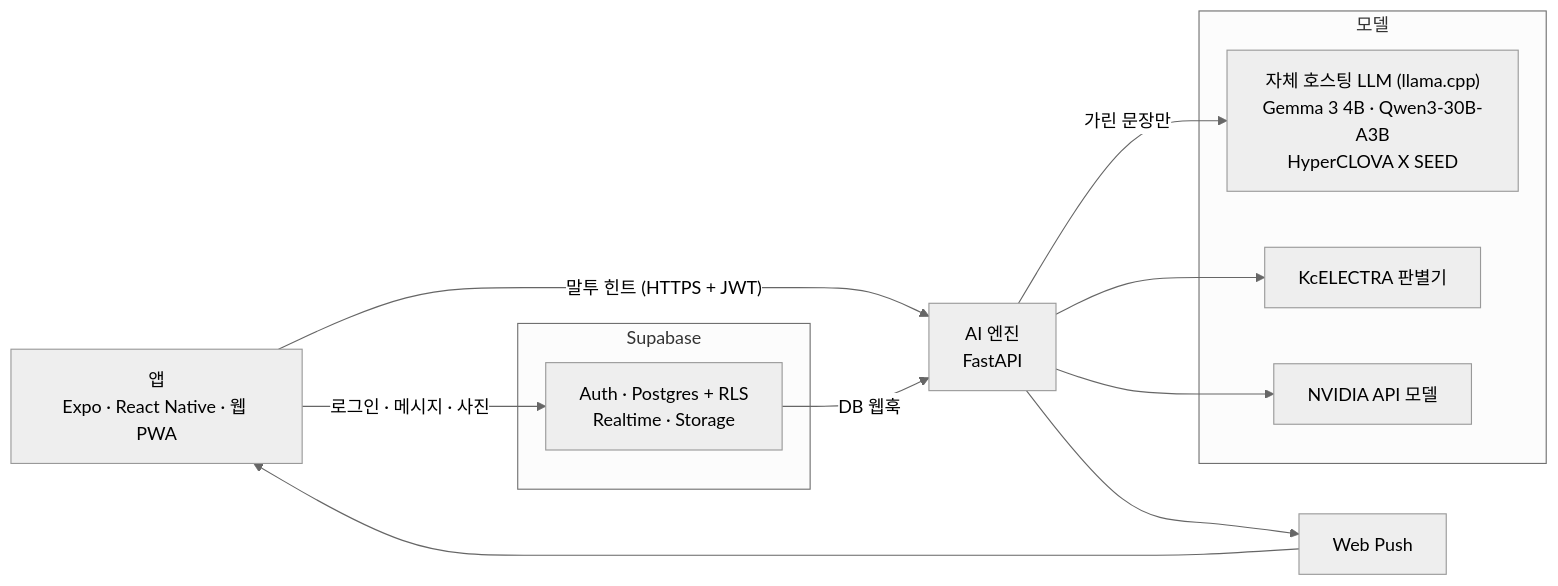
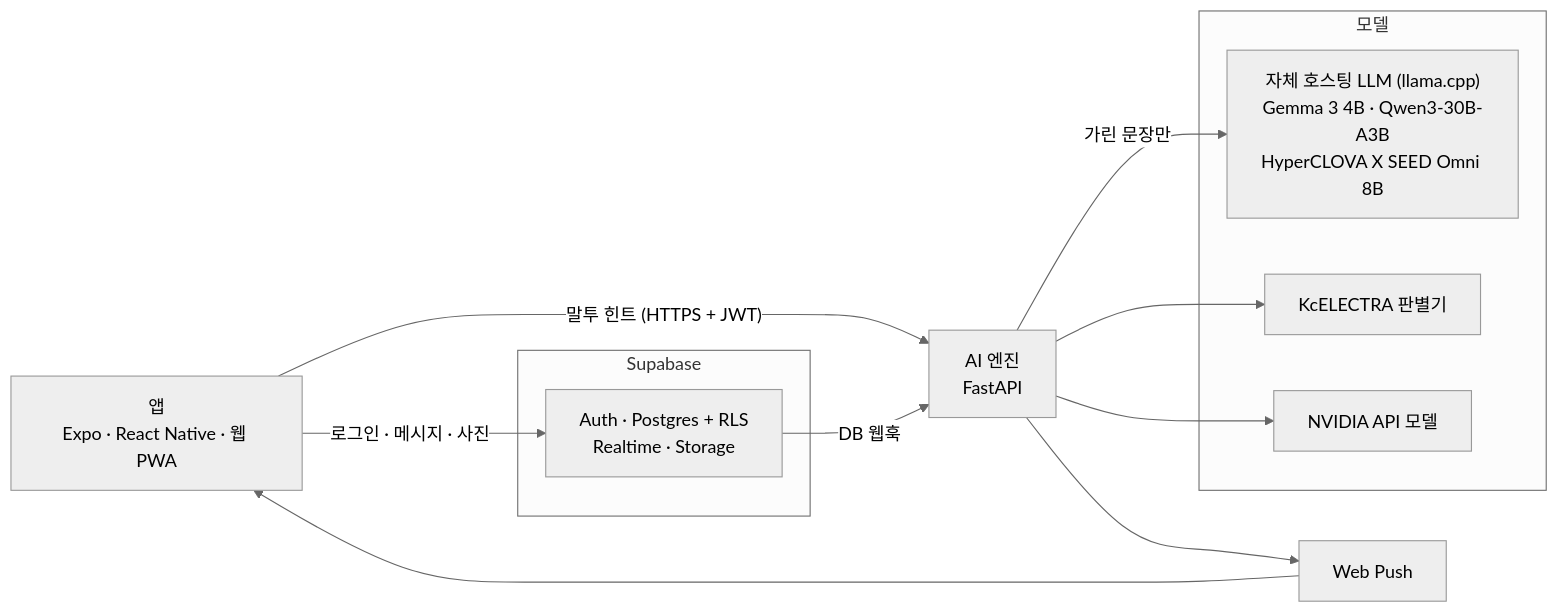
One commit to Daegyu519/Adventure_Design changed the diagram in README.md. Above: the diagram before and after it, drawn with Mermaid (neutral theme). The commit also changed other lines of this file and 2 other files, not shown here.

Commit message:
문서: HyperCLOVA X SEED Omni 8B(상세 보기 앙상블) 반영 — README 모델 줄·그림, 운영 문서 서버 목록

````diff
--- a/README.md
+++ b/README.md
@@ -43,23 +43,23 @@
 ```mermaid
 flowchart LR
   APP["앱<br/>Expo · React Native · 웹 PWA"]
   subgraph SB["Supabase"]
     DB["Auth · Postgres + RLS<br/>Realtime · Storage"]
   end
   ENG["AI 엔진<br/>FastAPI"]
   subgraph M["모델"]
-    LLM["자체 호스팅 LLM (llama.cpp)<br/>Gemma 3 4B · Qwen3-30B-A3B<br/>HyperCLOVA X SEED"]
+    LLM["자체 호스팅 LLM (llama.cpp)<br/>Gemma 3 4B · Qwen3-30B-A3B<br/>HyperCLOVA X SEED Omni 8B"]
     CLF["KcELECTRA 판별기"]
     NV["NVIDIA API 모델"]
   end
   PUSH["Web Push"]
 
   APP -->|"로그인 · 메시지 · 사진"| DB
   APP -->|"말투 힌트 (HTTPS + JWT)"| ENG
   DB -->|"DB 웹훅"| ENG
   ENG -->|"가린 문장만"| LLM
   ENG --> CLF
   ENG --> NV
   ENG --> PUSH
   PUSH --> APP
 ```
````
